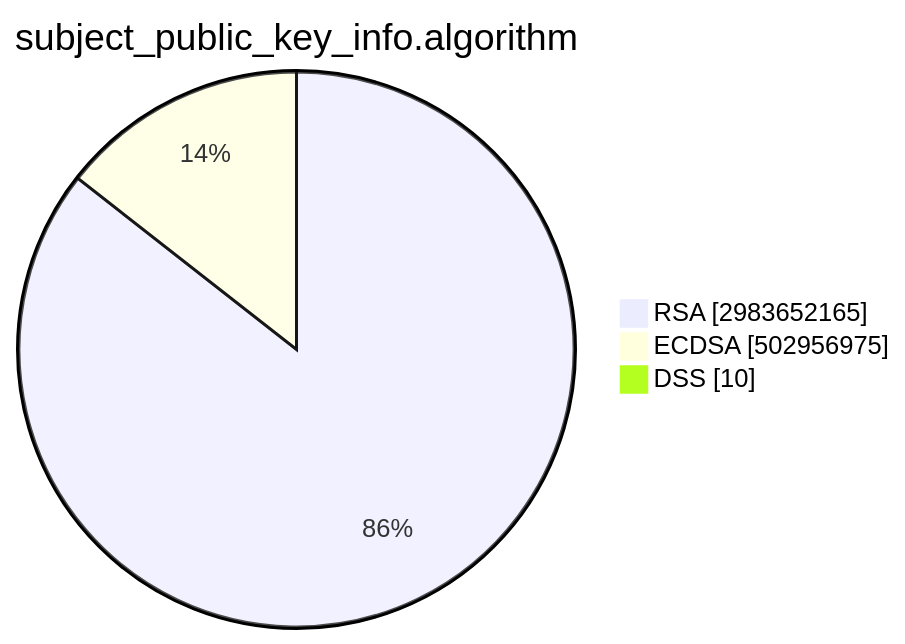
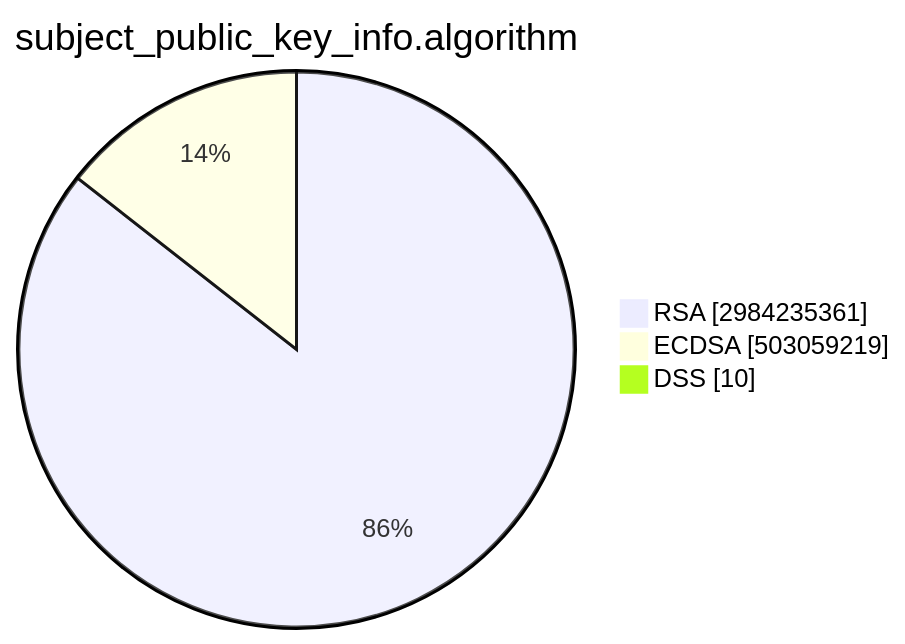
Before and after one commit to christiankrug/ctmonitor_visualization: the second of 15 diagrams in TOTAL/README.md, drawn with Mermaid. The commit also changed other lines of this file, not shown here.

````diff
--- a/TOTAL/README.md
+++ b/TOTAL/README.md
@@ -6,7 +6,7 @@
 ```mermaid
 pie showData
 title subject_public_key_info.algorithm
-"RSA" :2983652165
-"ECDSA" :502956975
+"RSA" :2984235361
+"ECDSA" :503059219
 "DSS" :10
 ```
````
